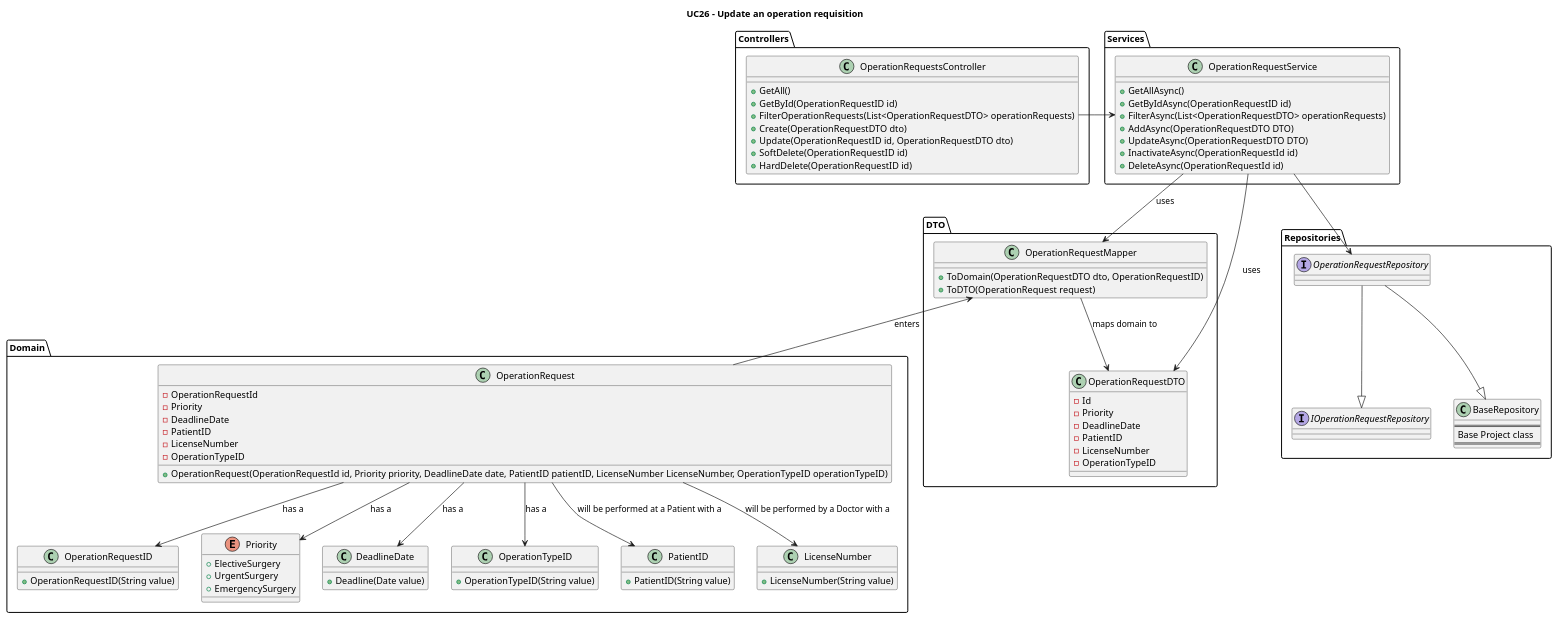
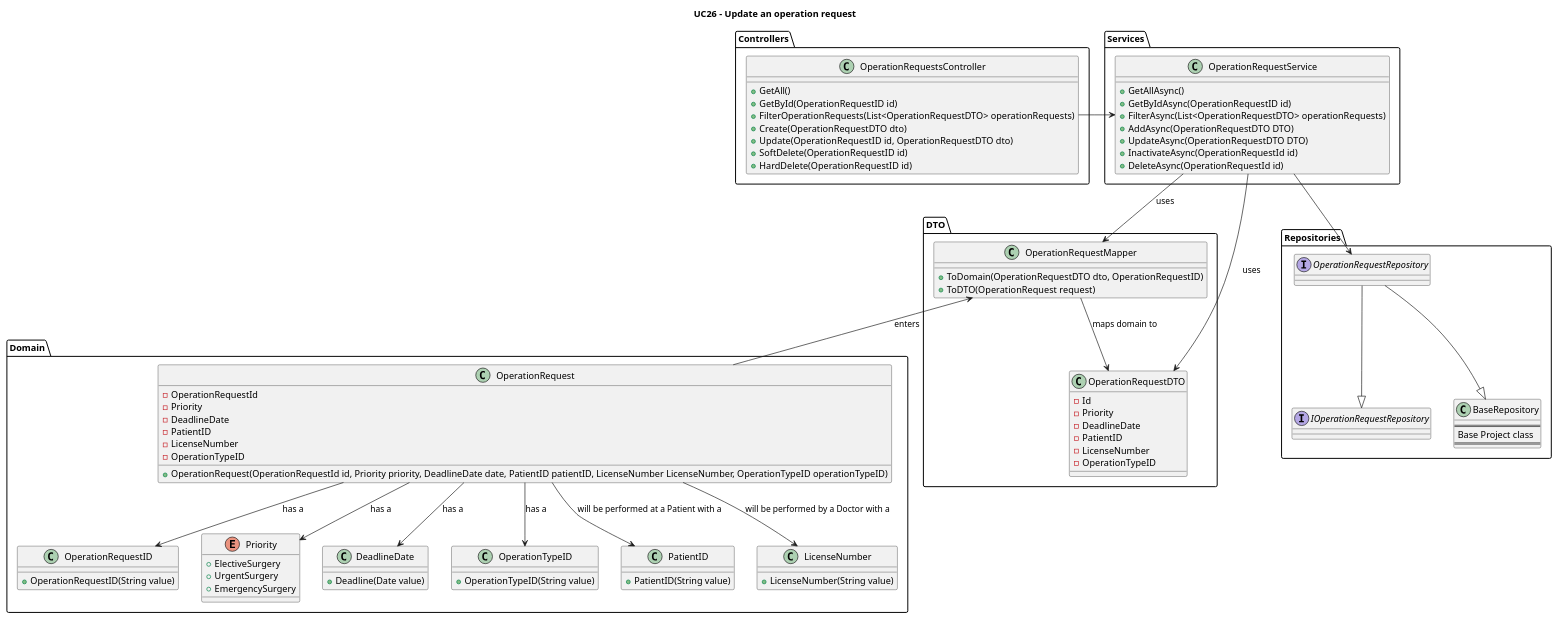
One commit to MiguelCardoso77/SurgicalSync-BackEnd changed the diagram in Wiki/SprintA/diagrams/use-cases/26-update-an-operation-requisition/class-diagram.puml. Above: the diagram before and after it, drawn with PlantUML. The commit also changed 12 other files, not shown here.

```diff
--- a/Wiki/SprintA/diagrams/use-cases/26-update-an-operation-requisition/class-diagram.puml
+++ b/Wiki/SprintA/diagrams/use-cases/26-update-an-operation-requisition/class-diagram.puml
@@ -1,123 +1,123 @@
 @startuml
 
-Title "UC26 - Update an operation requisition"
+Title "UC26 - Update an operation request"
 
 package "Domain"{
 
 class OperationRequest{
     - OperationRequestId
     - Priority
     - DeadlineDate
     - PatientID
     - LicenseNumber
     - OperationTypeID
     + OperationRequest(OperationRequestId id, Priority priority, DeadlineDate date, PatientID patientID, LicenseNumber LicenseNumber, OperationTypeID operationTypeID)
 }
 
 class OperationRequestID{
     + OperationRequestID(String value)
 }
 
 Enum Priority{
     + ElectiveSurgery
     + UrgentSurgery
     + EmergencySurgery
 }
 
 class DeadlineDate{
     + Deadline(Date value)
 }
 
 class OperationTypeID{
     + OperationTypeID(String value)
 }
 
 class PatientID{
     + PatientID(String value)
 }
 
 class LicenseNumber{
     + LicenseNumber(String value)
 }
 
 }
 
 package "DTO"{
 
 class OperationRequestDTO{
     - Id
     - Priority
     - DeadlineDate
     - PatientID
     - LicenseNumber
     - OperationTypeID
 }
 
 class OperationRequestMapper{
     + ToDomain(OperationRequestDTO dto, OperationRequestID)
     + ToDTO(OperationRequest request)
 }
 }
 
 package "Controllers"{
 
 class OperationRequestsController{
     + GetAll()
     + GetById(OperationRequestID id)
     + FilterOperationRequests(List<OperationRequestDTO> operationRequests)
     + Create(OperationRequestDTO dto)
     + Update(OperationRequestID id, OperationRequestDTO dto)
     + SoftDelete(OperationRequestID id)
     + HardDelete(OperationRequestID id)
 }
 
 }
 
 package "Services"{
     class OperationRequestService{
         + GetAllAsync()
         + GetByIdAsync(OperationRequestID id)
         + FilterAsync(List<OperationRequestDTO> operationRequests)
         + AddAsync(OperationRequestDTO DTO)
         + UpdateAsync(OperationRequestDTO DTO)
         + InactivateAsync(OperationRequestId id)
         + DeleteAsync(OperationRequestId id)
     }
 }
 
 package "Repositories"{
 
 interface IOperationRequestRepository{
 }
 
 interface OperationRequestRepository{
 }
 
 class BaseRepository{
 ====
 Base Project class
 ====
 }
 
 }
 
 OperationRequestsController -> OperationRequestService
 OperationRequestService --> OperationRequestMapper : uses
 OperationRequestService --> OperationRequestDTO : uses
 
 OperationRequestMapper --> OperationRequestDTO : maps domain to
 OperationRequestMapper <-- OperationRequest : enters
 
 OperationRequest --> OperationRequestID : has a
 OperationRequest --> Priority : has a
 OperationRequest --> DeadlineDate : has a
 OperationRequest --> PatientID : will be performed at a Patient with a 
 OperationRequest --> LicenseNumber : will be performed by a Doctor with a
 OperationRequest --> OperationTypeID : has a
 
 OperationRequestService --> OperationRequestRepository
 
 OperationRequestRepository --|> BaseRepository
 OperationRequestRepository --|> IOperationRequestRepository
 
 @enduml
```
